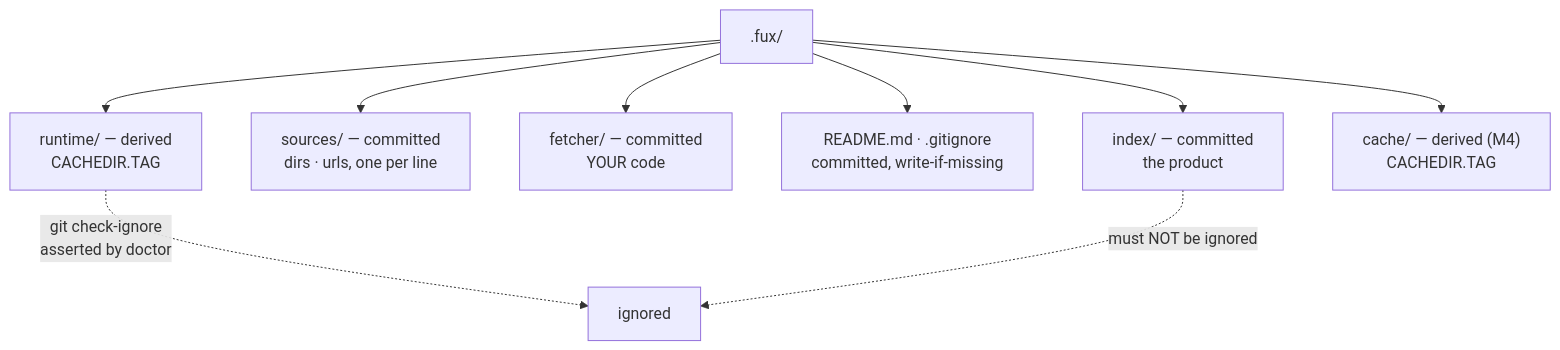
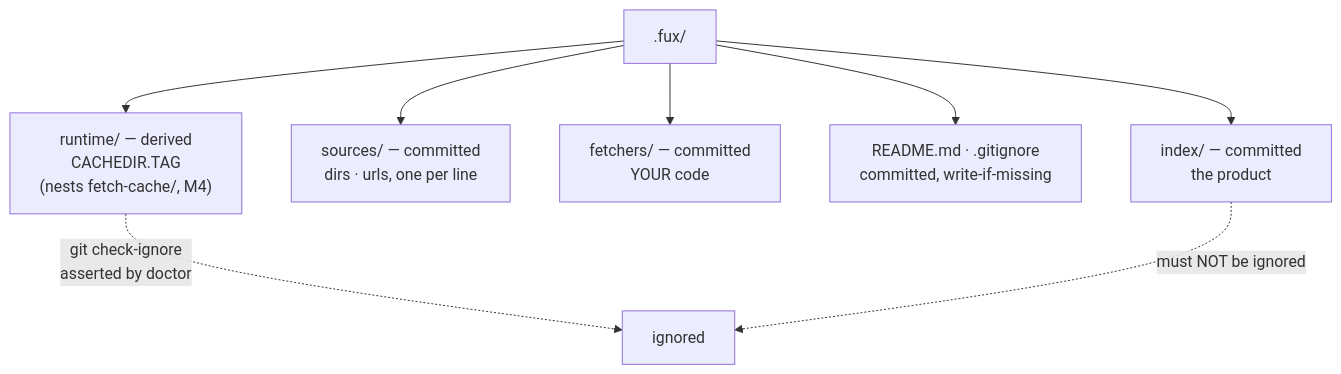
The diagram in docs/adr/0003_fux-directory.md (arpitarya/fux), drawn with Mermaid before and after one commit. The commit also changed other lines of this file and 27 other files, not shown here.

````diff
--- a/docs/adr/0003_fux-directory.md
+++ b/docs/adr/0003_fux-directory.md
@@ -44,12 +44,11 @@
 ```mermaid
 flowchart TD
     F[".fux/"]
     F --> C1["index/ — committed<br/>the product"]
     F --> C2["sources/ — committed<br/>dirs · urls, one per line"]
-    F --> C3["fetcher/ — committed<br/>YOUR code"]
+    F --> C3["fetchers/ — committed<br/>YOUR code"]
     F --> C4["README.md · .gitignore<br/>committed, write-if-missing"]
-    F --> D1["runtime/ — derived<br/>CACHEDIR.TAG"]
-    F --> D2["cache/ — derived (M4)<br/>CACHEDIR.TAG"]
+    F --> D1["runtime/ — derived<br/>CACHEDIR.TAG<br/>(nests fetch-cache/, M4)"]
     D1 -.->|"git check-ignore<br/>asserted by doctor"| G["ignored"]
     C1 -.->|"must NOT be ignored"| G
 ```
````
